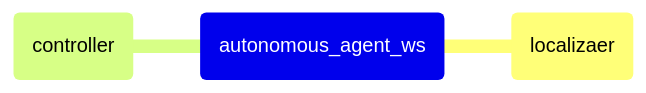
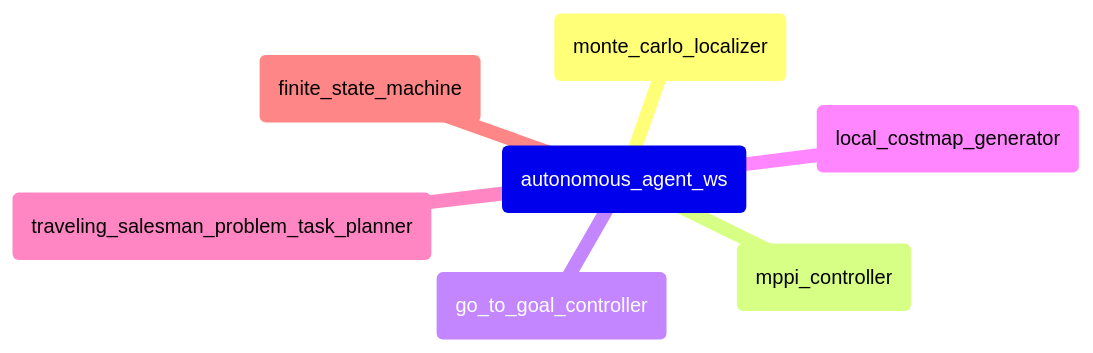
Before and after one commit to wontothree/autonomous_air_purifier_ws: the diagram in README.md, drawn with Mermaid. The commit also changed other lines of this file, not shown here.

````diff
--- a/README.md
+++ b/README.md
@@ -48,6 +48,10 @@
 ```mermaid
 mindmap
   root(autonomous_agent_ws)
-    (localizaer)
-    (controller)
+    (monte_carlo_localizer)
+    (mppi_controller)
+    (go_to_goal_controller)
+    (local_costmap_generator)
+    (traveling_salesman_problem_task_planner)
+    (finite_state_machine)
 ```
````
